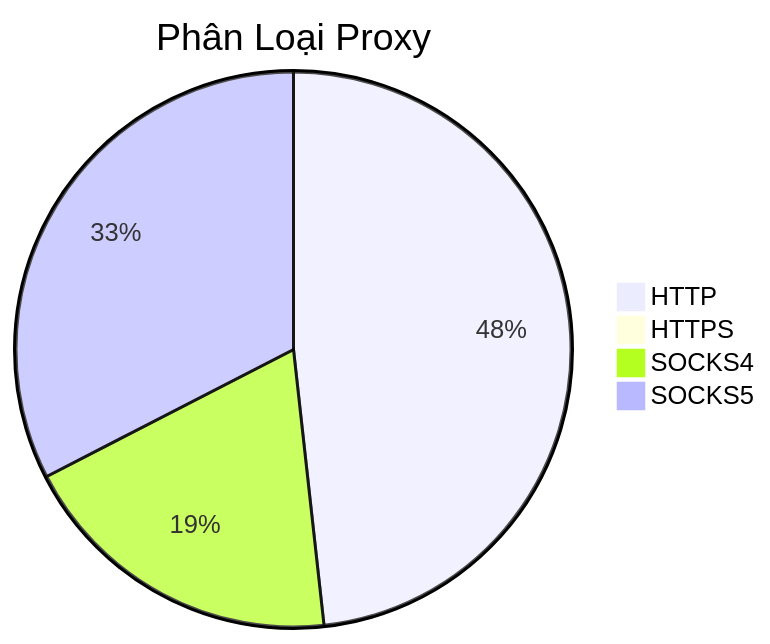
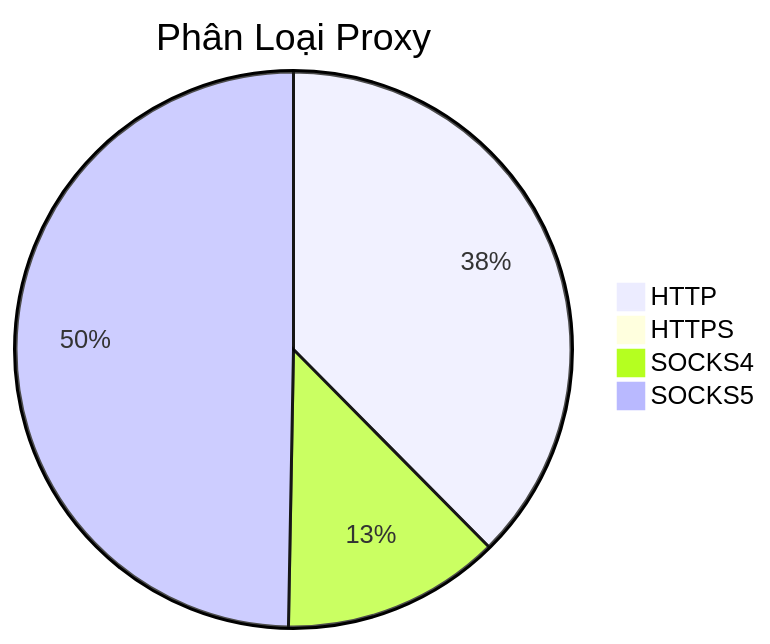
The diagram in README.md (Ciara-12/PROXY-free), drawn with Mermaid before and after one commit. The commit also changed other lines of this file and 4 other files, not shown here.

````diff
--- a/README.md
+++ b/README.md
@@ -26,7 +26,7 @@
 ```mermaid
 pie title Phân Loại Proxy
-    "HTTP" : 1086
-    "HTTPS" : 1
-    "SOCKS4" : 432
-    "SOCKS5" : 733
+    "HTTP" : 1038
+    "HTTPS" : 2
+    "SOCKS4" : 351
+    "SOCKS5" : 1373
 ```
````
